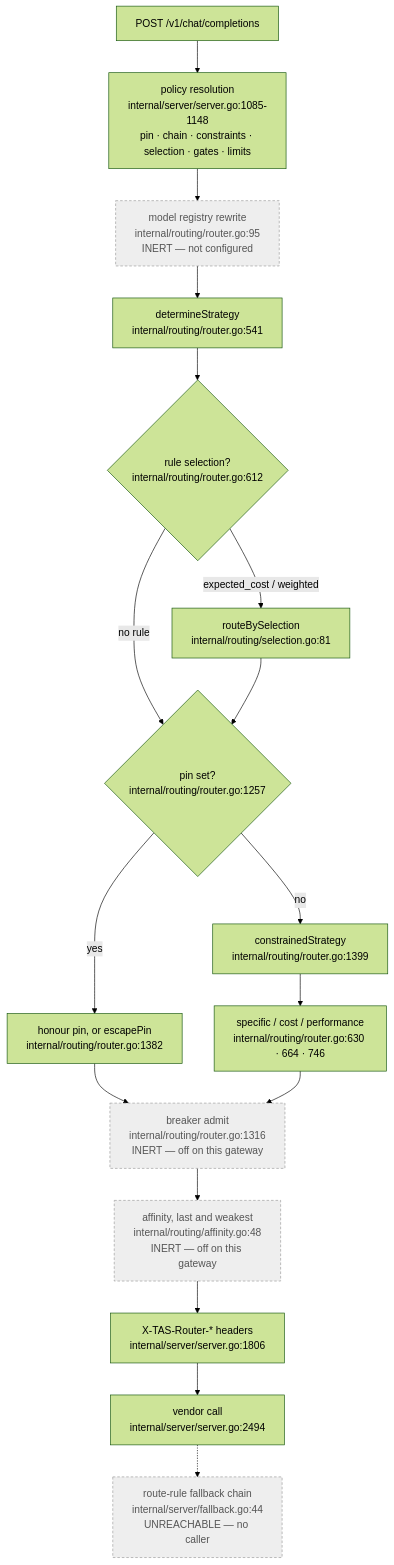
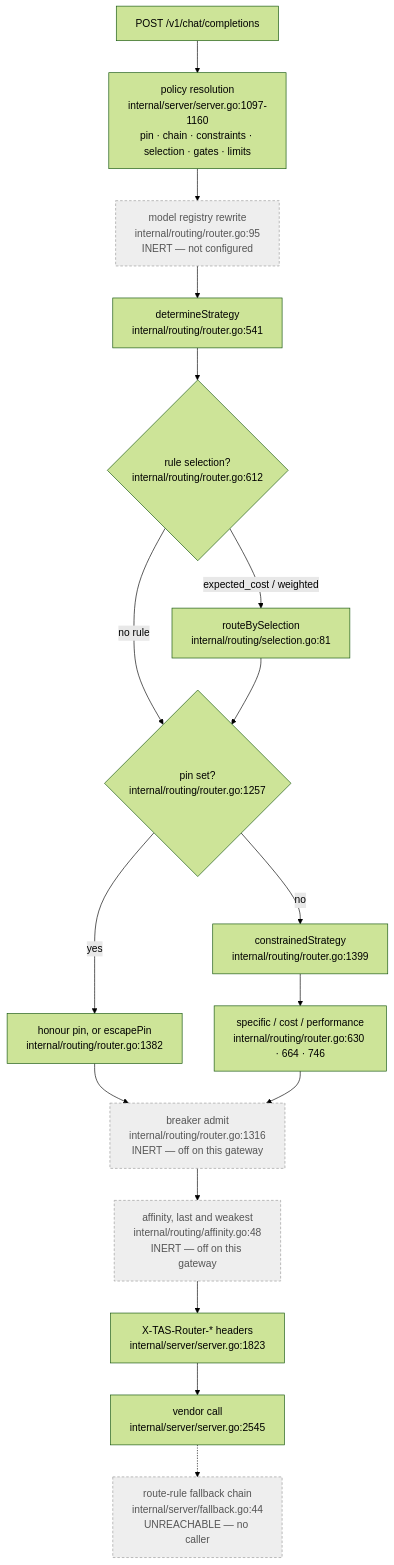
Before and after one commit to Tributary-ai-services/tas-llm-router: the diagram in docs/concept/routing.md, drawn with Mermaid (forest theme). The commit also changed other lines of this file and 3 other files, not shown here.

````diff
--- a/docs/concept/routing.md
+++ b/docs/concept/routing.md
@@ -251,21 +379,21 @@
 ```mermaid
 flowchart TD
-  A["POST /v1/chat/completions"] --> B["policy resolution<br/>internal/server/server.go:1085-1148<br/>pin · chain · constraints · selection · gates · limits"]
+  A["POST /v1/chat/completions"] --> B["policy resolution<br/>internal/server/server.go:1097-1160<br/>pin · chain · constraints · selection · gates · limits"]
   B --> R["model registry rewrite<br/>internal/routing/router.go:95<br/>INERT — not configured"]
   R --> C["determineStrategy<br/>internal/routing/router.go:541"]
   C --> D{"rule selection?<br/>internal/routing/router.go:612"}
   D -- "expected_cost / weighted" --> E["routeBySelection<br/>internal/routing/selection.go:81"]
   D -- "no rule" --> F{"pin set?<br/>internal/routing/router.go:1257"}
   E --> F
   F -- yes --> G["honour pin, or escapePin<br/>internal/routing/router.go:1382"]
   F -- no --> H["constrainedStrategy<br/>internal/routing/router.go:1399"]
   H --> I["specific / cost / performance<br/>internal/routing/router.go:630 · 664 · 746"]
   G --> J["breaker admit<br/>internal/routing/router.go:1316<br/>INERT — off on this gateway"]
   I --> J
   J --> K["affinity, last and weakest<br/>internal/routing/affinity.go:48<br/>INERT — off on this gateway"]
-  K --> L["X-TAS-Router-* headers<br/>internal/server/server.go:1806"]
-  L --> M["vendor call<br/>internal/server/server.go:2494"]
+  K --> L["X-TAS-Router-* headers<br/>internal/server/server.go:1823"]
+  L --> M["vendor call<br/>internal/server/server.go:2545"]
   M -.-> N["route-rule fallback chain<br/>internal/server/fallback.go:44<br/>UNREACHABLE — no caller"]
   classDef inert fill:#eee,stroke:#999,stroke-dasharray:4 3,color:#555
   class R,J,K,N inert
 ```
````
